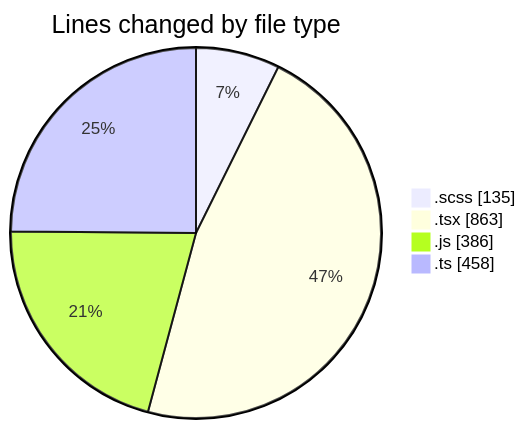
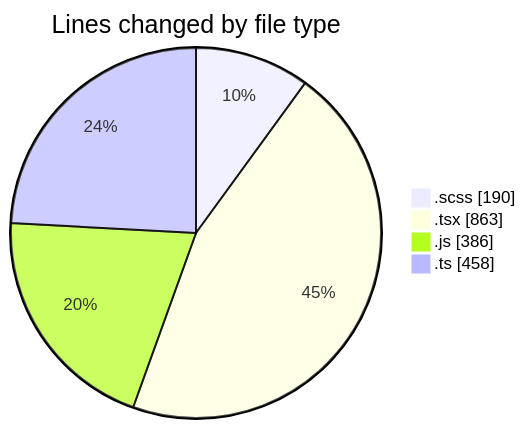
The first of 2 diagrams in 2025-03-14/cda/README.md (momahboobian/code-tracking), drawn with Mermaid before and after one commit. The commit also changed other lines of this file and 1 other file, not shown here.

````diff
--- a/2025-03-14/cda/README.md
+++ b/2025-03-14/cda/README.md
@@ -34,8 +34,8 @@
 ```mermaid
 pie showData
 title Lines changed by file type
-".scss" : 135
+".scss" : 190
 ".tsx" : 863
 ".js" : 386
 ".ts" : 458
 ```
````
